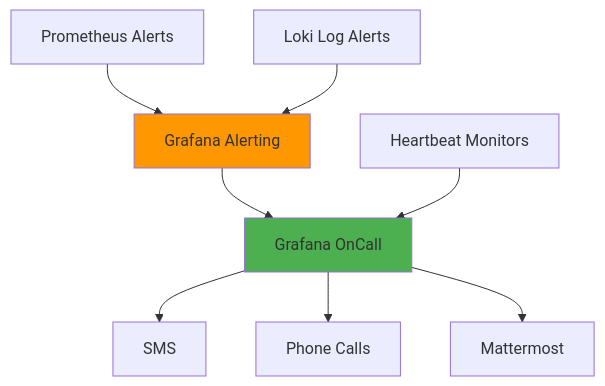
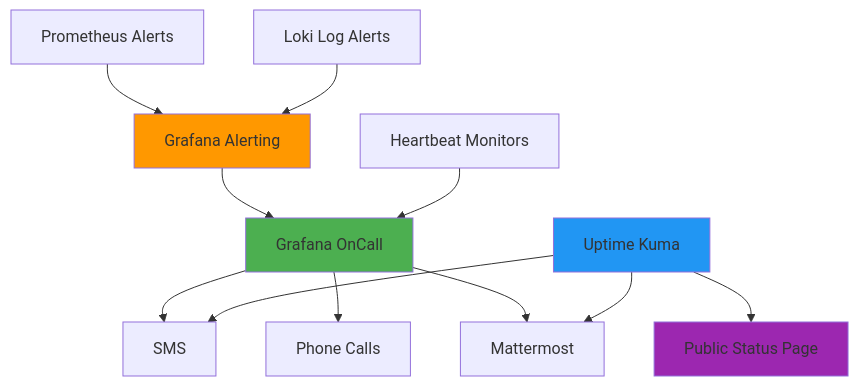
One commit to rayen-dhmaied/portfolio changed the diagram in content/projects/work-projects/observability.md. Above: the diagram before and after it, drawn with Mermaid. The commit also changed other lines of this file, not shown here.

Commit message:
rewrite observability project page

````diff
--- a/content/projects/work-projects/observability.md
+++ b/content/projects/work-projects/observability.md
@@ -30,16 +32,22 @@
 ```mermaid
 graph TD
     A[Prometheus Alerts] --> B[Grafana Alerting]
     C[Loki Log Alerts] --> B
-    
+
     B --> D[Grafana OnCall]
-    
+
     D --> E[SMS]
     D --> F[Phone Calls]
     D --> G[Mattermost]
-    
+
     H[Heartbeat Monitors] --> D
-    
+
+    K[Uptime Kuma] --> E
+    K --> G
+    K --> P[Public Status Page]
+
     style B fill:#FF9800
     style D fill:#4CAF50
+    style K fill:#2196F3
+    style P fill:#9C27B0
 ```
````
